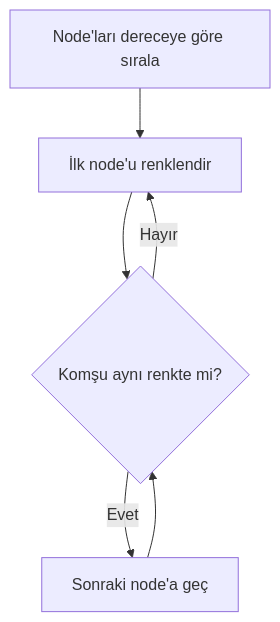
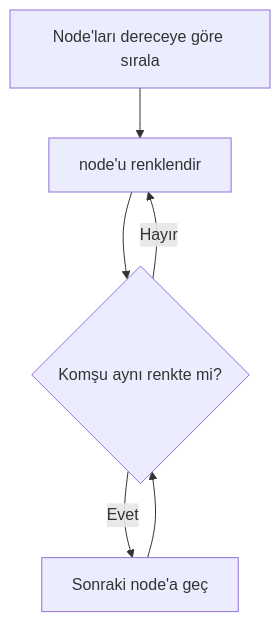
Before and after one commit to sertcozdemir/sosyal_graph_proje: the fifth of 5 diagrams in README.md, drawn with Mermaid.

````diff
--- a/README.md
+++ b/README.md
@@ -96,9 +96,9 @@
 ```mermaid
 flowchart TD
     A[Node'ları dereceye göre sırala]
-    A --> B[İlk node'u renklendir]
+    A --> B[ node'u renklendir]
     B --> C{Komşu aynı renkte mi?}
     C -->|Hayır| B
     C -->|Evet| D[Sonraki node'a geç]
     D --> C
 ```
````
